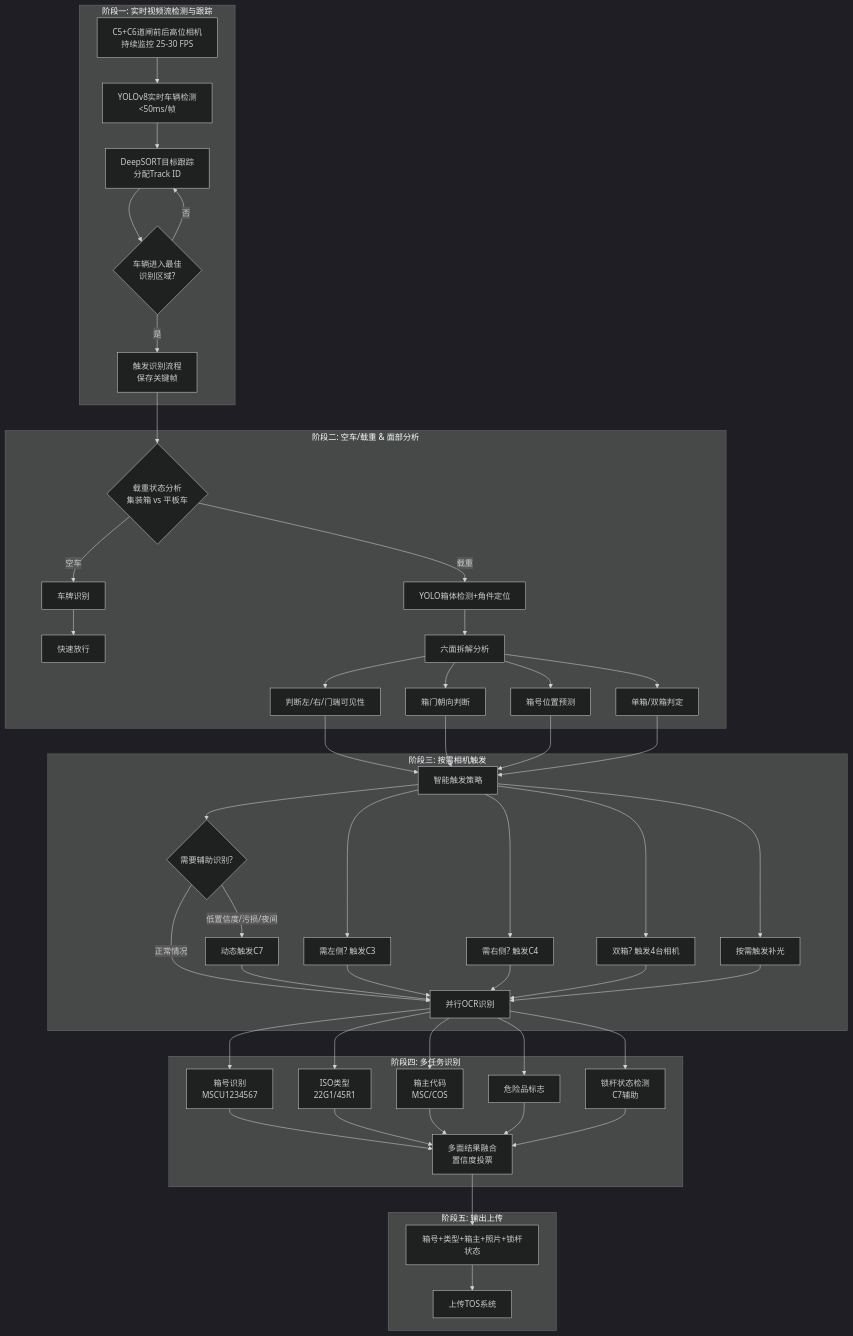
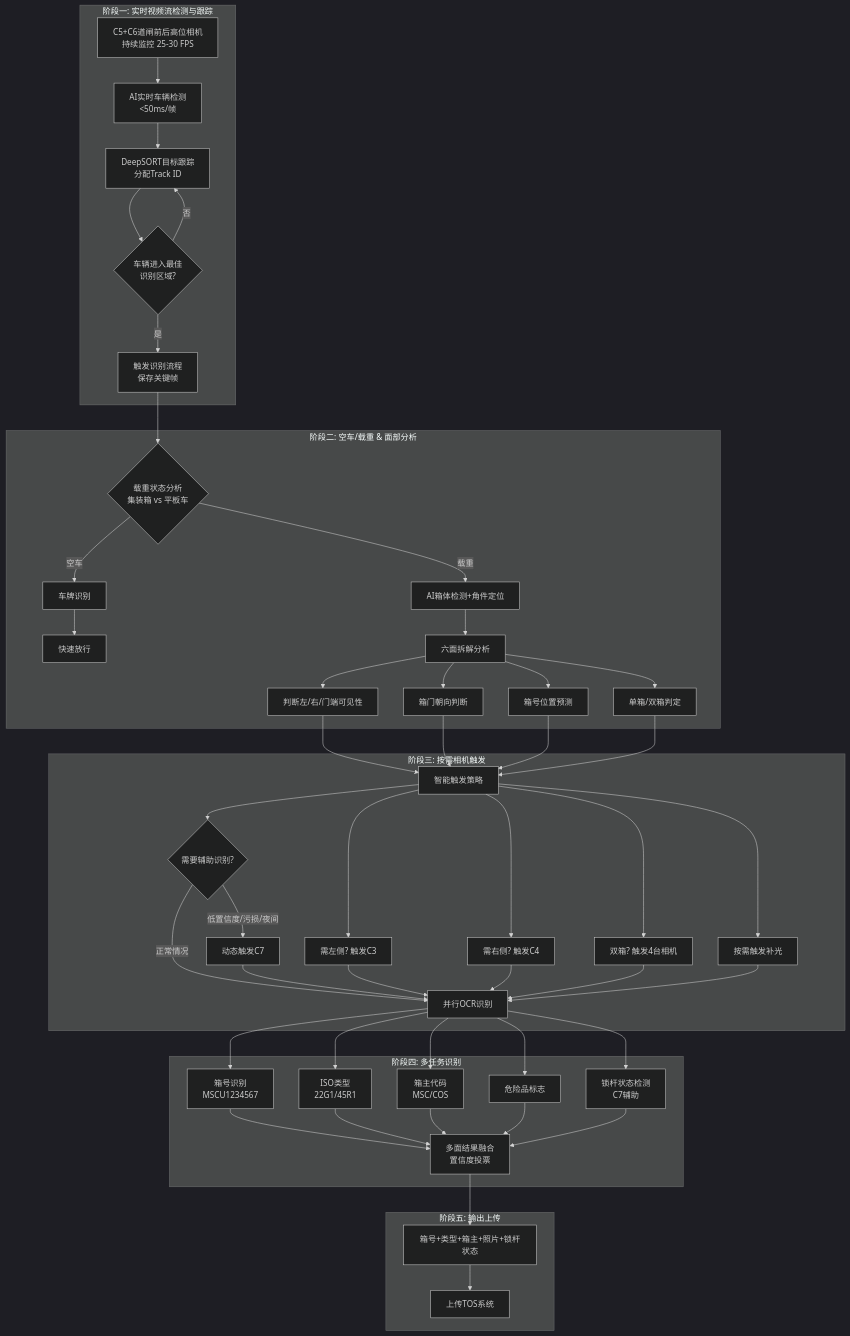
Before and after one commit to hpd840321/container-gate-dual-ai: the diagram in 道闸双柜识别方案.md, drawn with Mermaid (dark theme). The commit also changed other lines of this file and 5 other files, not shown here.

````diff
--- a/道闸双柜识别方案.md
+++ b/道闸双柜识别方案.md
@@ -217,48 +217,48 @@
 ```mermaid
 graph TD
     subgraph "阶段一: 实时视频流检测与跟踪"
-        A[C5+C6道闸前后高位相机<br/>持续监控 25-30 FPS] --> B[YOLOv8实时车辆检测<br/><50ms/帧];
+        A[C5+C6道闸前后高位相机<br/>持续监控 25-30 FPS] --> B[AI实时车辆检测<br/><50ms/帧];
         B --> C[DeepSORT目标跟踪<br/>分配Track ID];
         C --> D{车辆进入最佳<br/>识别区域?};
         D -- 否 --> C;
         D -- 是 --> E[触发识别流程<br/>保存关键帧];
     end
     
     subgraph "阶段二: 空车/载重 & 面部分析"
         E --> F{载重状态分析<br/>集装箱 vs 平板车};
         F -- 空车 --> G[车牌识别] --> H[快速放行];
-        F -- 载重 --> I[YOLO箱体检测+角件定位];
+        F -- 载重 --> I[AI箱体检测+角件定位];
         I --> J[六面拆解分析];
         J --> J1[判断左/右/门端可见性];
         J --> J2[箱门朝向判断];
         J --> J3[箱号位置预测];
         J --> J4[单箱/双箱判定];
     end
     
     subgraph "阶段三: 按需相机触发"
         J1 & J2 & J3 & J4 --> K[智能触发策略];
         K --> K1[需左侧? 触发C3];
         K --> K2[需右侧? 触发C4];
         K --> K3[双箱? 触发4台相机];
         K --> K4[按需触发补光];
         K --> K5{需要辅助识别?};
         K5 -- 低置信度/污损/夜间 --> K6[动态触发C7];
         K5 -- 正常情况 --> L;
         K6 --> L;
     end
     
     subgraph "阶段四: 多任务识别"
         K1 & K2 & K3 & K4 --> L[并行OCR识别];
         L --> L1[箱号识别<br/>MSCU1234567];
         L --> L2[ISO类型<br/>22G1/45R1];
         L --> L3[箱主代码<br/>MSC/COS];
         L --> L4[危险品标志];
         L --> L5[锁杆状态检测<br/>C7辅助];
         L1 & L2 & L3 & L4 & L5 --> M[多面结果融合<br/>置信度投票];
     end
     
     subgraph "阶段五: 输出上传"
         M --> N[箱号+类型+箱主+照片+锁杆状态];
         N --> O[上传TOS系统];
     end
 ```
````
